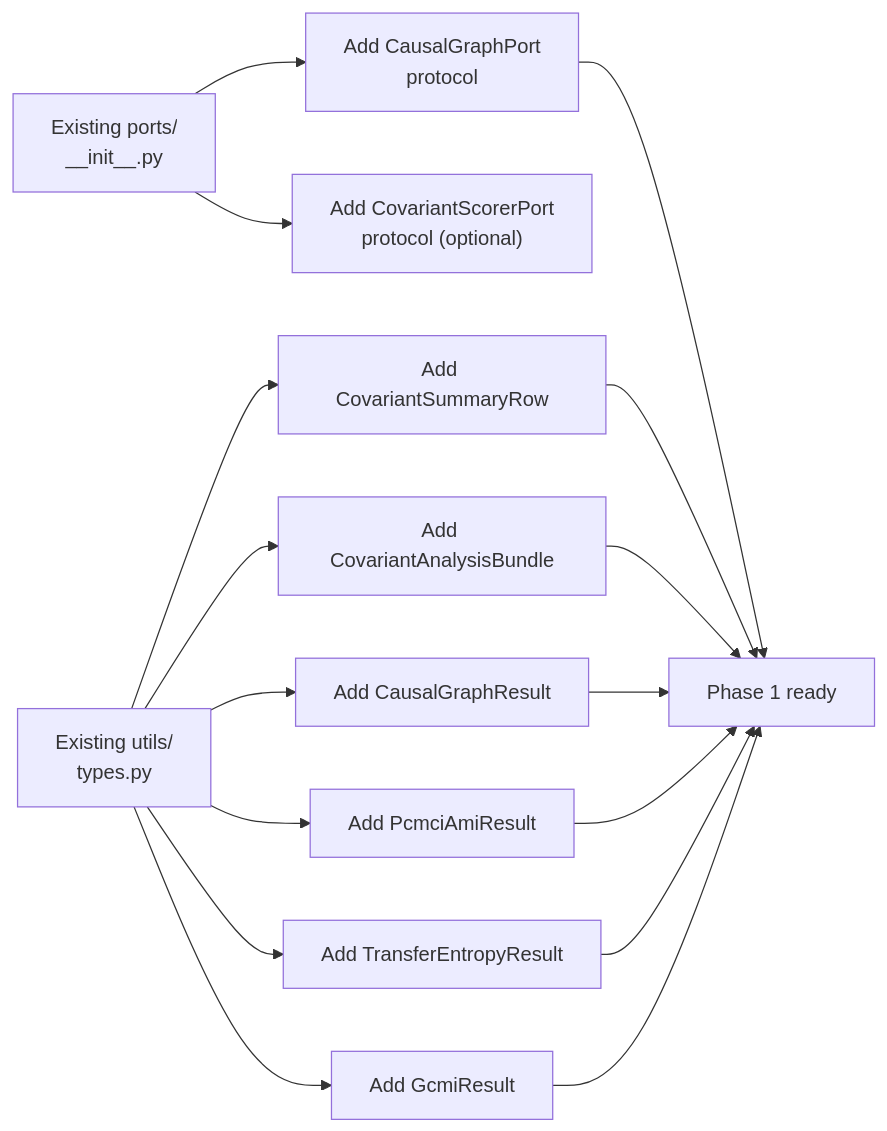
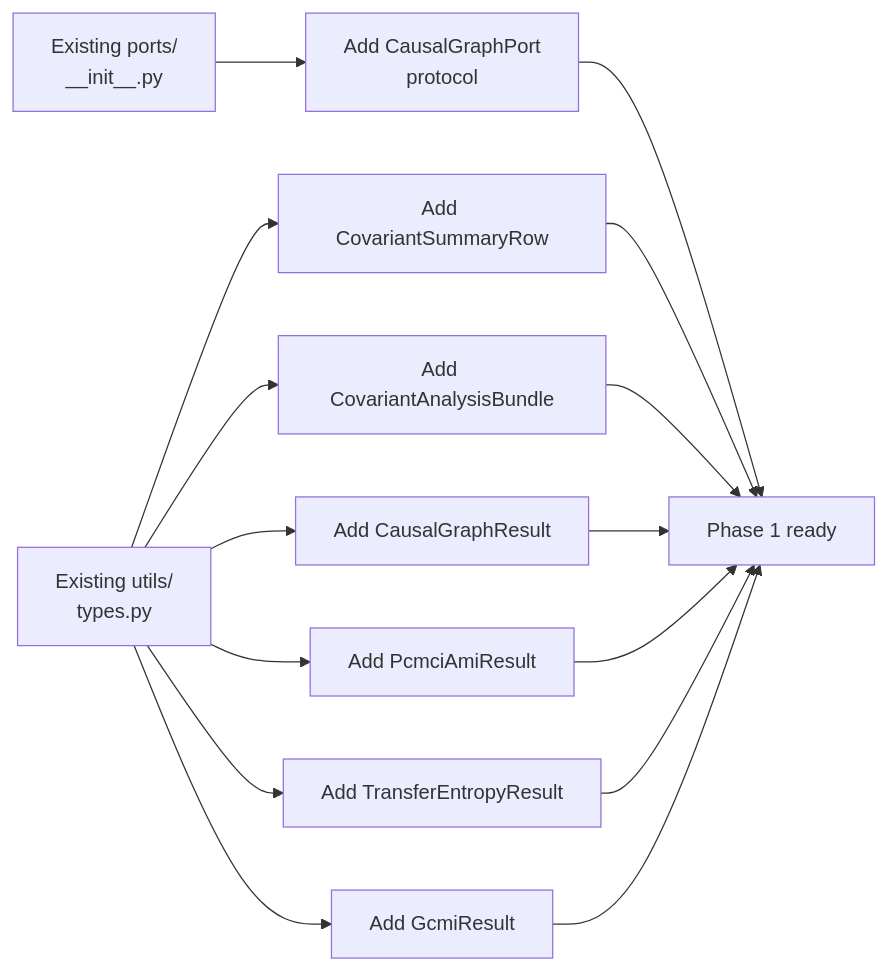
The second of 9 diagrams in docs/plan/v0_3_0_covariant_informative_ultimate_plan.md (AdamKrysztopa/dependence-forecastability), drawn with Mermaid before and after one commit. The commit also changed other lines of this file, not shown here.

````diff
--- a/docs/plan/v0_3_0_covariant_informative_ultimate_plan.md
+++ b/docs/plan/v0_3_0_covariant_informative_ultimate_plan.md
@@ -107,18 +481,17 @@
 ```mermaid
 flowchart LR
     A["Existing ports/\n__init__.py"] --> B["Add CausalGraphPort\nprotocol"]
-    A --> C["Add CovariantScorerPort\nprotocol (optional)"]
     D["Existing utils/\ntypes.py"] --> E["Add CovariantSummaryRow"]
     D --> F["Add CovariantAnalysisBundle"]
     D --> G["Add CausalGraphResult"]
     D --> H["Add PcmciAmiResult"]
     D --> I["Add TransferEntropyResult"]
     D --> J["Add GcmiResult"]
     B --> K["Phase 1 ready"]
     E --> K
     F --> K
     G --> K
     H --> K
     I --> K
     J --> K
 ```
````
